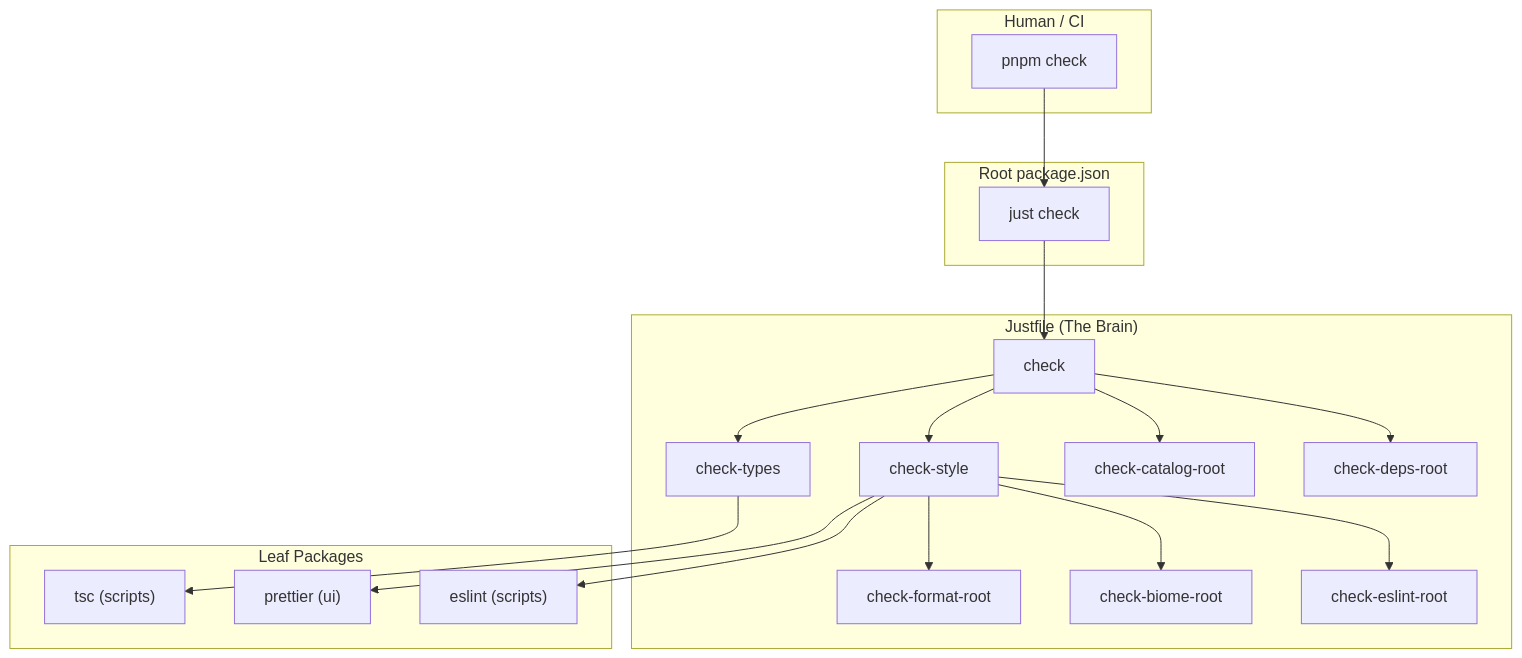
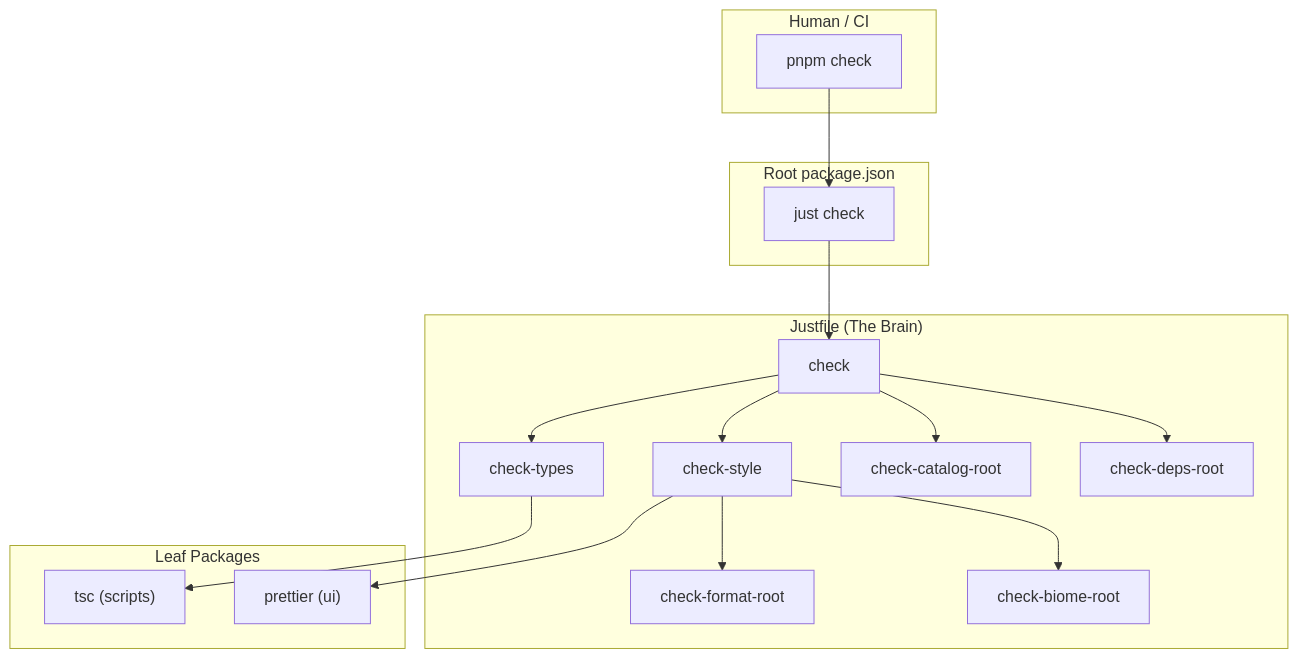
The diagram in docs/design/workflow-switchboard-pattern.md (matta/mydoo), drawn with Mermaid before and after one commit. The commit also changed other lines of this file and 15 other files, not shown here.

````diff
--- a/docs/design/workflow-switchboard-pattern.md
+++ b/docs/design/workflow-switchboard-pattern.md
@@ -38,40 +38,40 @@
 ```mermaid
 flowchart TD
     subgraph "Human / CI"
         A["pnpm check"]
     end
 
     subgraph "Root package.json"
         B["just check"]
     end
 
     subgraph "Justfile (The Brain)"
         C["check"]
         D["check-style"]
         E["check-types"]
         F["check-catalog-root"]
         G["check-deps-root"]
         H["check-format-root"]
         I["check-biome-root"]
-        J["check-eslint-root"]
+
     end
 
     subgraph "Leaf Packages"
         K["tsc (scripts)"]
         L["prettier (ui)"]
-        M["eslint (scripts)"]
+
     end
 
     A --> B
     B --> C
     C --> D
     C --> E
     C --> F
     C --> G
     D --> H
     D --> I
-    D --> J
+
     E --> K
     D --> L
-    D --> M
+
 ```
````
